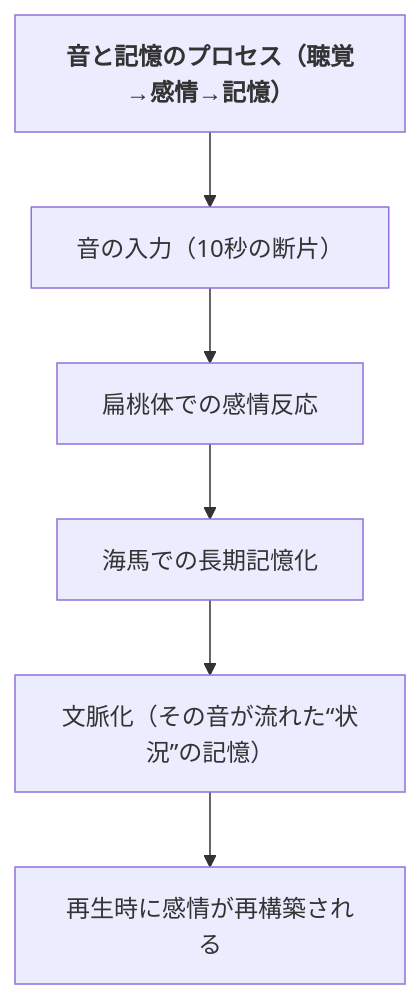
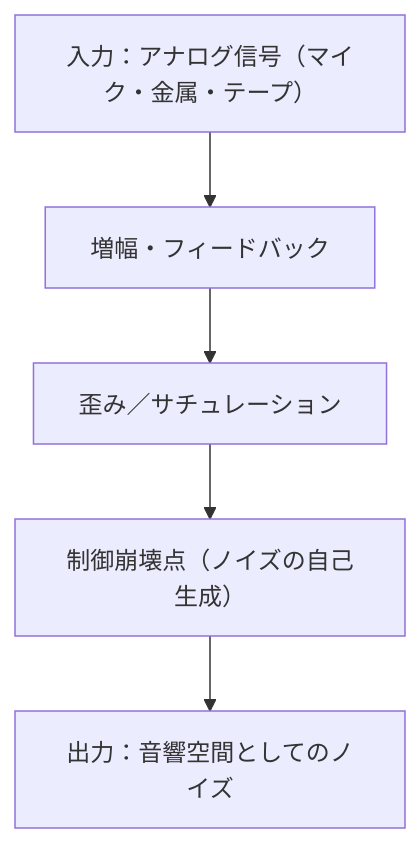
One commit to monumental-movement/monumental-movement.github.io changed the second of 4 diagrams in _posts/2025-10-26-column-merzbow.md. Above: the diagram before and after it, drawn with Mermaid. The commit also changed other lines of this file and 2 other files, not shown here.

```diff
--- a/_posts/2025-10-26-column-merzbow.md
+++ b/_posts/2025-10-26-column-merzbow.md
@@ -62,16 +131,11 @@
 <div class="mermaid">
 
 flowchart TD
-
-    T["<b>音と記憶のプロセス（聴覚→感情→記憶）</b>"]
-    T --> A
-
-    A["音の入力（10秒の断片）"]
-    B["扁桃体での感情反応"]
-    C["海馬での長期記憶化"]
-    D["文脈化（その音が流れた“状況”の記憶）"]
-    E["再生時に感情が再構築される"]
-
+    A["入力：アナログ信号（マイク・金属・テープ）"]
+    B["増幅・フィードバック"]
+    C["歪み／サチュレーション"]
+    D["制御崩壊点（ノイズの自己生成）"]
+    E["出力：音響空間としてのノイズ"]
     A --> B --> C --> D --> E
 
 </div>
```
